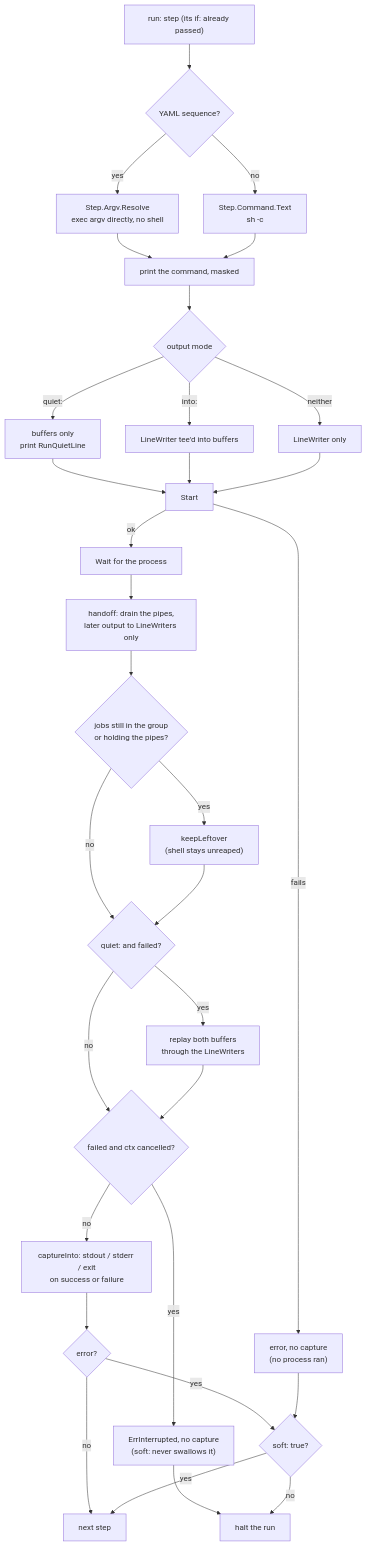
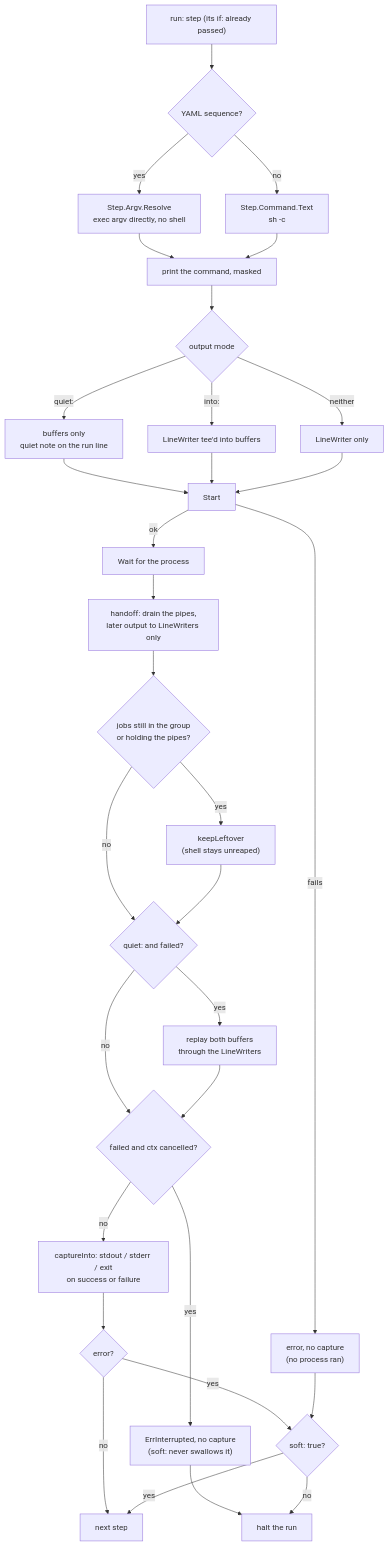
The fifth of 7 diagrams in ARCHITECTURE.md (JakesMD/hobnob), drawn with Mermaid before and after one commit. The commit also changed other lines of this file and 18 other files, not shown here.

````diff
--- a/ARCHITECTURE.md
+++ b/ARCHITECTURE.md
@@ -451,34 +451,34 @@
 ```mermaid
 flowchart TD
     start["run: step (its if: already passed)"] --> form{"YAML sequence?"}
     form -- yes --> argv["Step.Argv.Resolve<br/>exec argv directly, no shell"]
     form -- no --> sh["Step.Command.Text<br/>sh -c"]
     argv --> show["print the command, masked"]
     sh --> show
     show --> out{"output mode"}
-    out -- "quiet:" --> quiet["buffers only<br/>print RunQuietLine"]
+    out -- "quiet:" --> quiet["buffers only<br/>quiet note on the run line"]
     out -- "into:" --> tee["LineWriter tee'd into buffers"]
     out -- neither --> live["LineWriter only"]
     quiet --> startp["Start"]
     tee --> startp
     live --> startp
     startp -- fails --> nocap["error, no capture<br/>(no process ran)"]
     startp -- ok --> wait["Wait for the process"]
     wait --> handoff["handoff: drain the pipes,<br/>later output to LineWriters only"]
     handoff --> keep{"jobs still in the group<br/>or holding the pipes?"}
     keep -- yes --> kl["keepLeftover<br/>(shell stays unreaped)"]
     keep -- no --> replay
     kl --> replay{"quiet: and failed?"}
     replay -- yes --> rp["replay both buffers<br/>through the LineWriters"]
     replay -- no --> intr
     rp --> intr{"failed and ctx cancelled?"}
     intr -- yes --> ei["ErrInterrupted, no capture<br/>(soft: never swallows it)"]
     intr -- no --> cap["captureInto: stdout / stderr / exit<br/>on success or failure"]
     cap --> res{"error?"}
     res -- no --> next["next step"]
     res -- yes --> soft{"soft: true?"}
     nocap --> soft
     ei --> halt
     soft -- yes --> next
     soft -- no --> halt["halt the run"]
 ```
````
